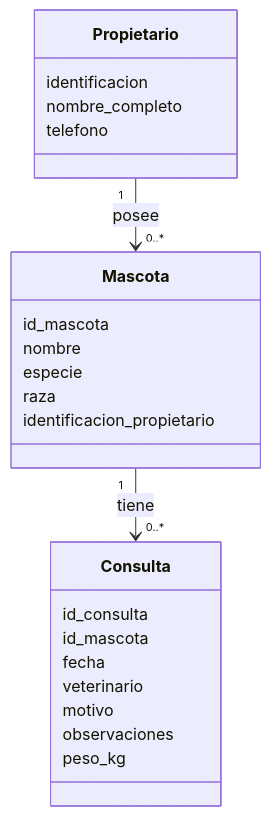
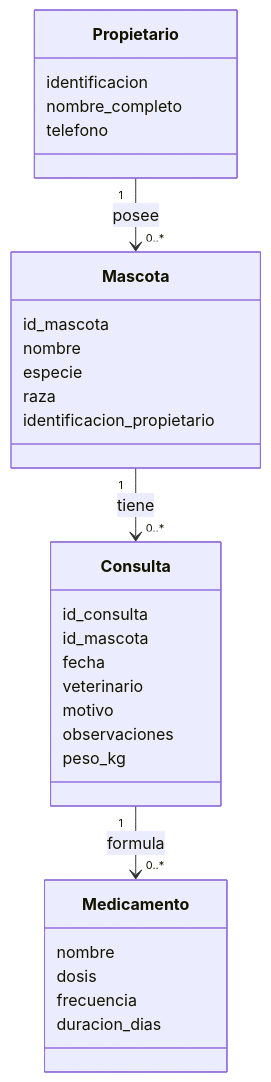
The diagram in 01_Documentacion/02_Diseño/DIS-001_Diseno_Sistema.md (camiGuarin/PetCare-SCM), drawn with Mermaid before and after one commit. The commit also changed other lines of this file, not shown here.

Commit message:
CR-002: agrega entidad Medicamento en DIS-001 (v1.2)

````diff
--- a/01_Documentacion/02_Diseño/DIS-001_Diseno_Sistema.md
+++ b/01_Documentacion/02_Diseño/DIS-001_Diseno_Sistema.md
@@ -65,26 +76,33 @@
 ```mermaid
 classDiagram
     Propietario "1" --> "0..*" Mascota : posee
     Mascota "1" --> "0..*" Consulta : tiene
+    Consulta "1" --> "0..*" Medicamento : formula
     class Propietario {
         identificacion
         nombre_completo
         telefono
     }
     class Mascota {
         id_mascota
         nombre
         especie
         raza
         identificacion_propietario
     }
     class Consulta {
         id_consulta
         id_mascota
         fecha
         veterinario
         motivo
         observaciones
         peso_kg
     }
+        class Medicamento {
+        nombre
+        dosis
+        frecuencia
+        duracion_dias
+    }
 ```
````
